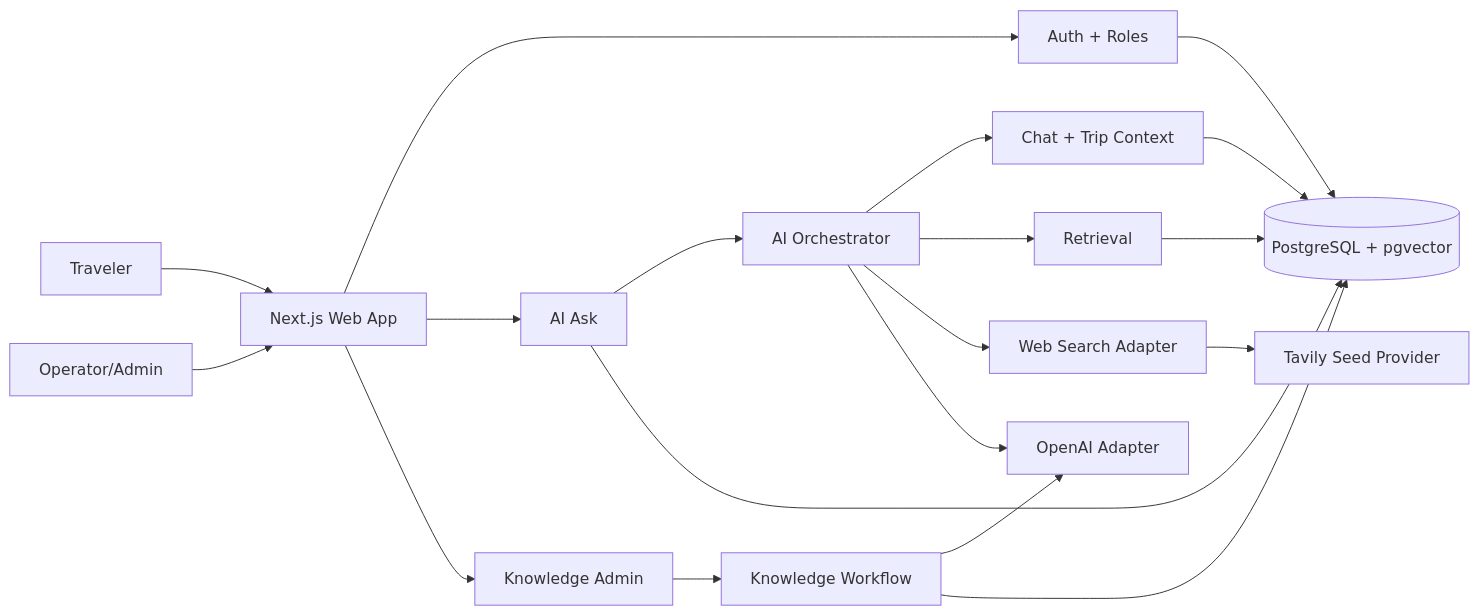
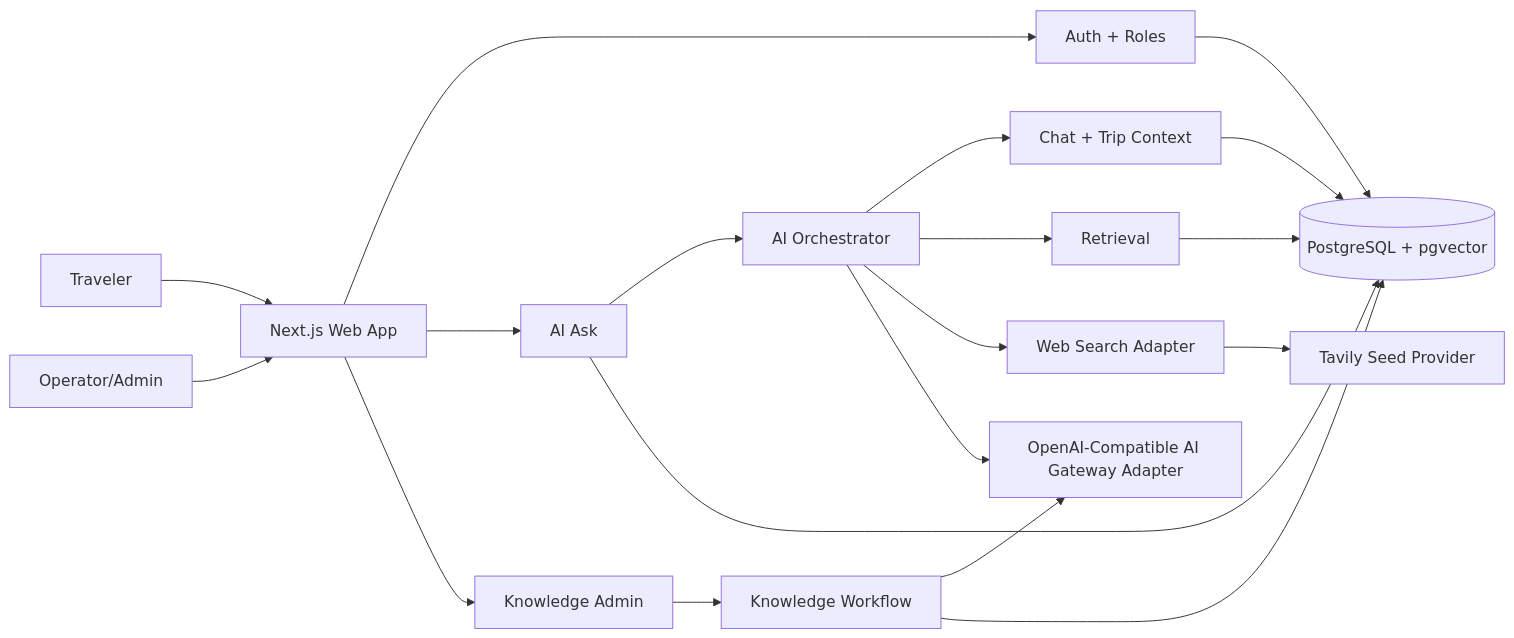
One commit to tonytippi/xuyenviet changed the first of 3 diagrams in _bmad-output/planning-artifacts/architecture/architecture-xuyenviet-2026-07-04/ARCHITECTURE-SPINE.md. Above: the diagram before and after it, drawn with Mermaid. The commit also changed other lines of this file and 7 other files, not shown here.

````diff
--- a/_bmad-output/planning-artifacts/architecture/architecture-xuyenviet-2026-07-04/ARCHITECTURE-SPINE.md
+++ b/_bmad-output/planning-artifacts/architecture/architecture-xuyenviet-2026-07-04/ARCHITECTURE-SPINE.md
@@ -20,21 +20,21 @@
 ```mermaid
 flowchart LR
   Traveler[Traveler] --> Web[Next.js Web App]
   Operator[Operator/Admin] --> Web
   Web --> Auth[Auth + Roles]
   Web --> Chat[AI Ask]
   Web --> Admin[Knowledge Admin]
   Chat --> Orchestrator[AI Orchestrator]
   Admin --> Knowledge[Knowledge Workflow]
   Orchestrator --> ChatContext[Chat + Trip Context]
   Orchestrator --> Retrieval[Retrieval]
   Orchestrator --> Search[Web Search Adapter]
-  Orchestrator --> OpenAI[OpenAI Adapter]
-  Knowledge --> OpenAI
+  Orchestrator --> AIGateway[OpenAI-Compatible AI Gateway Adapter]
+  Knowledge --> AIGateway
   ChatContext --> DB[(PostgreSQL + pgvector)]
   Retrieval --> DB
   Knowledge --> DB
   Auth --> DB
   Chat --> DB
   Search --> Tavily[Tavily Seed Provider]
 ```
````
